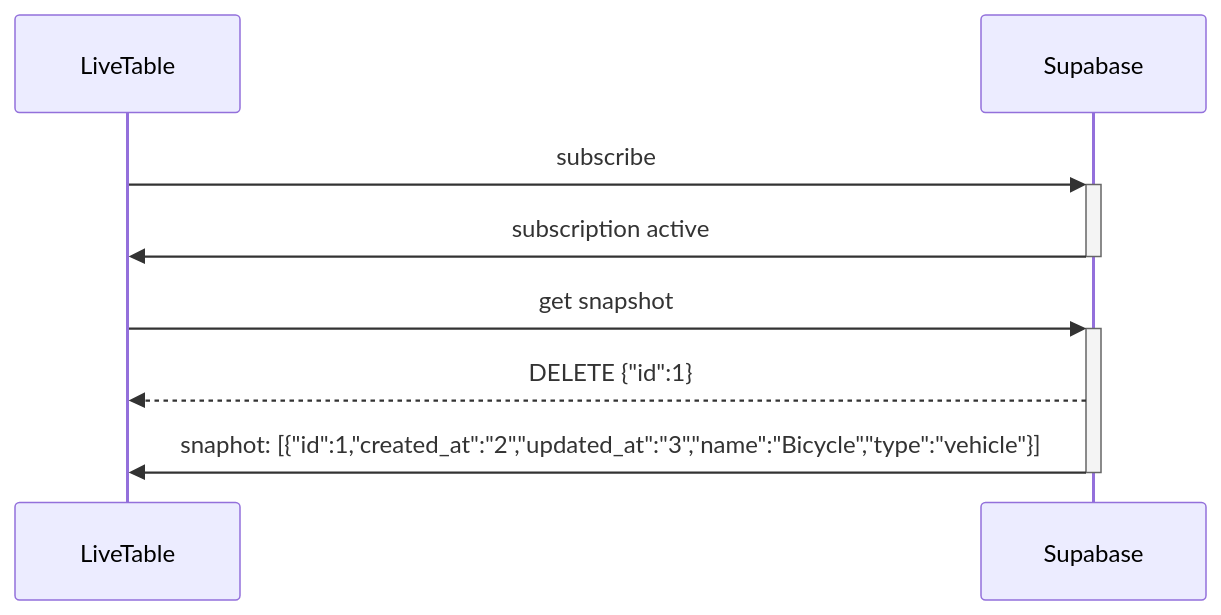
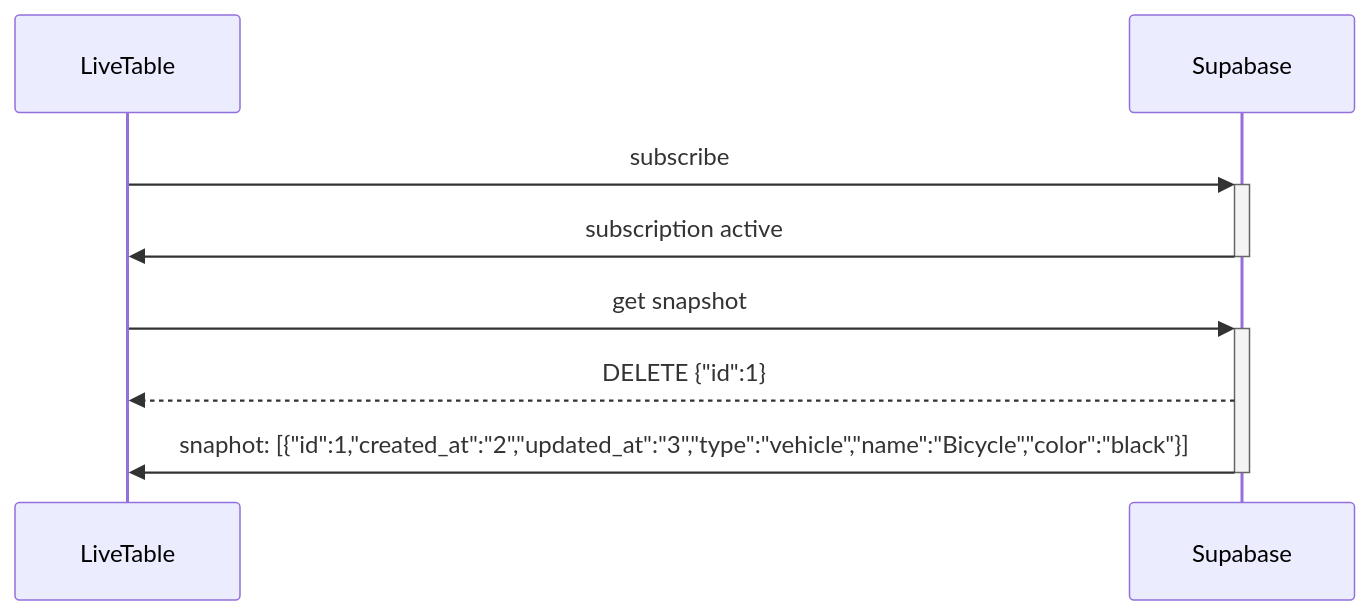
One commit to openartmarket/supabase-live-table changed the diagram in docs/sequence-diagrams/skips-deletes-that-predate-the-snapshot.md. Above: the diagram before and after it, drawn with Mermaid. The commit also changed other lines of this file and 10 other files, not shown here.

````diff
--- a/docs/sequence-diagrams/skips-deletes-that-predate-the-snapshot.md
+++ b/docs/sequence-diagrams/skips-deletes-that-predate-the-snapshot.md
@@ -3,8 +3,8 @@
 ```mermaid
 sequenceDiagram
   LiveTable->>+Supabase: subscribe
   Supabase->>-LiveTable: subscription active
   LiveTable->>+Supabase: get snapshot
   Supabase-->>LiveTable: DELETE {"id":1}
-  Supabase->>-LiveTable: snaphot: [{"id":1,"created_at":"2","updated_at":"3","name":"Bicycle","type":"vehicle"}]
+  Supabase->>-LiveTable: snaphot: [{"id":1,"created_at":"2","updated_at":"3","type":"vehicle","name":"Bicycle","color":"black"}]
 ```
````
